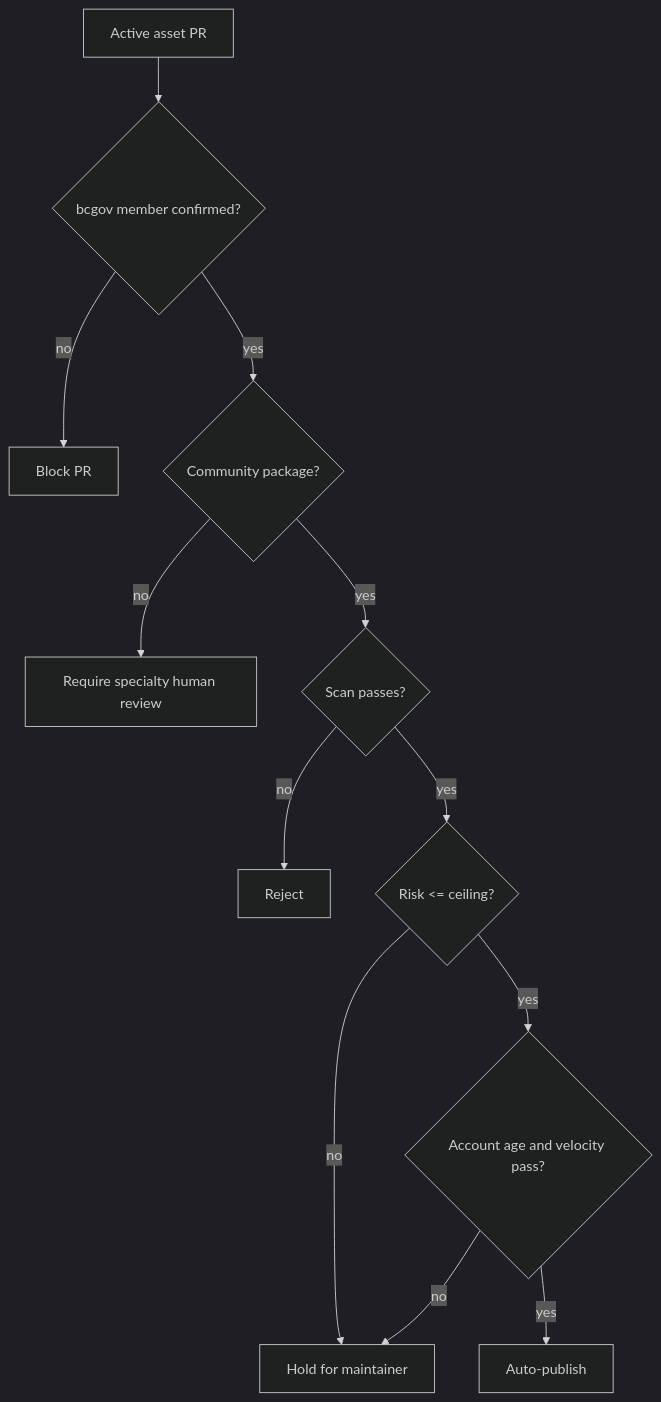
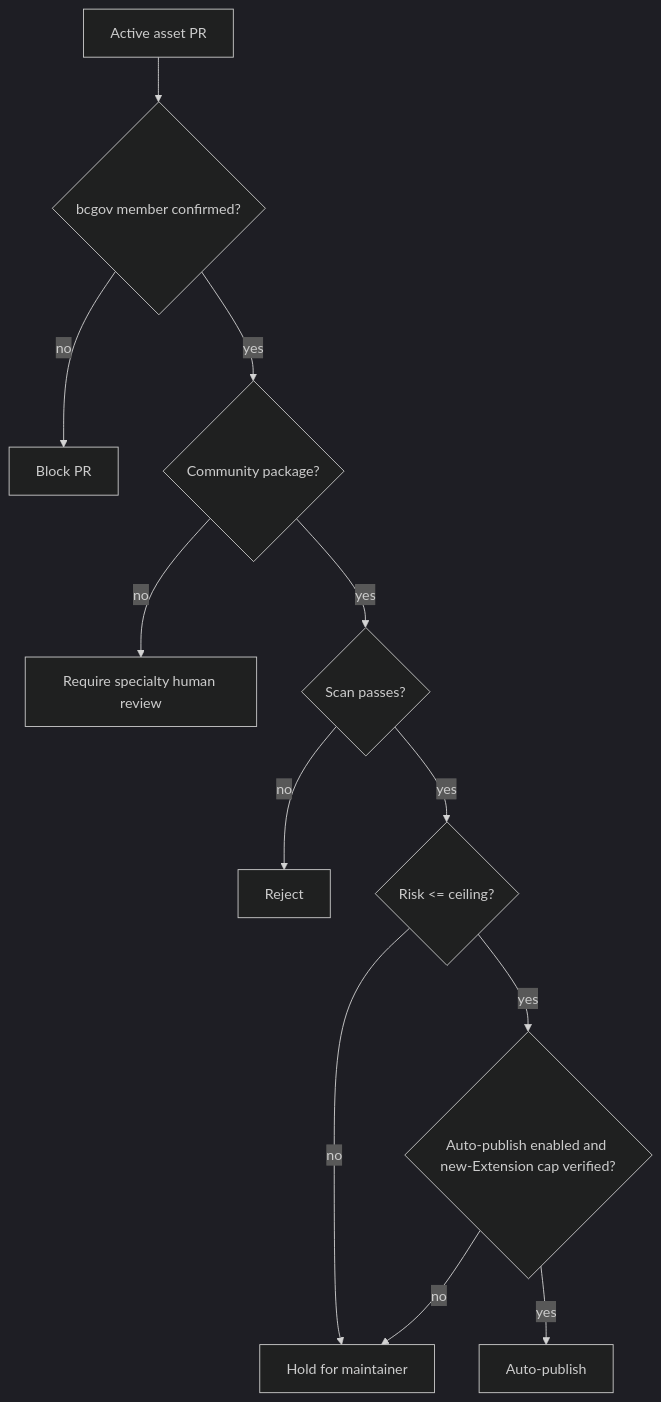
The diagram in docs/COMMUNITY_INTAKE_POLICY.md (bcgov/agent-marketplace), drawn with Mermaid (dark theme) before and after one commit. The commit also changed other lines of this file and 28 other files, not shown here.

````diff
--- a/docs/COMMUNITY_INTAKE_POLICY.md
+++ b/docs/COMMUNITY_INTAKE_POLICY.md
@@ -50,14 +48,14 @@
 ```mermaid
 flowchart TD
     A[Active asset PR] --> M{bcgov member confirmed?}
     M -- no --> R[Block PR]
     M -- yes --> C{Community package?}
     C -- no --> S[Require specialty human review]
     C -- yes --> B{Scan passes?}
     B -- no --> X[Reject]
     B -- yes --> D{Risk <= ceiling?}
     D -- no --> H[Hold for maintainer]
-    D -- yes --> E{Account age and velocity pass?}
+    D -- yes --> E{Auto-publish enabled and new-Extension cap verified?}
     E -- no --> H
     E -- yes --> P[Auto-publish]
 ```
````
